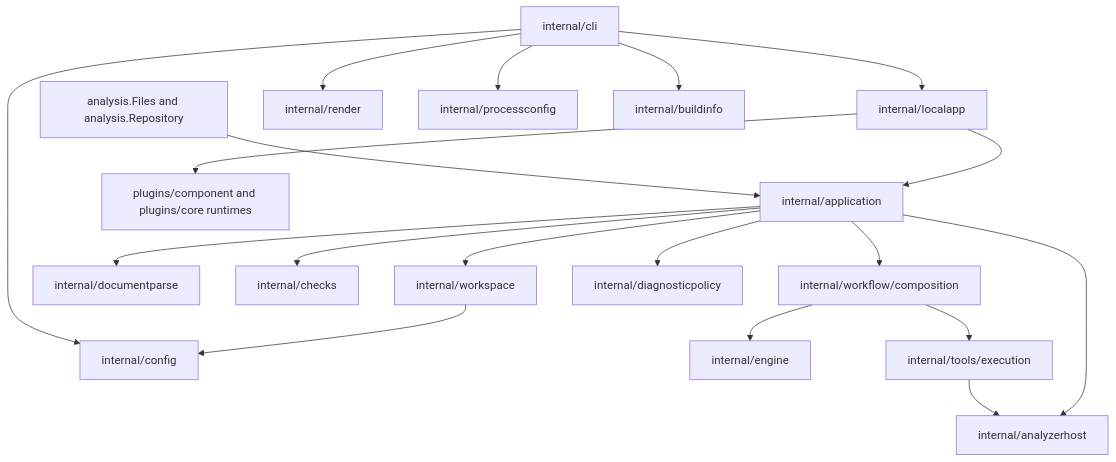
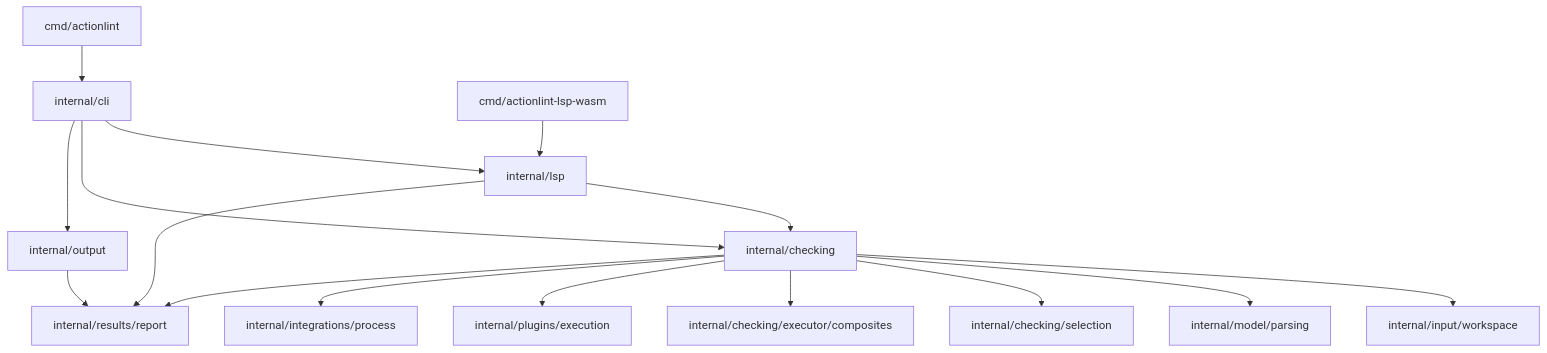
One commit to kjanat/actionlint changed the diagram in docs/design/application-boundary.md. Above: the diagram before and after it, drawn with Mermaid. The commit also changed other lines of this file and 37 other files, not shown here.

````diff
--- a/docs/design/application-boundary.md
+++ b/docs/design/application-boundary.md
@@ -9,21 +7,18 @@
 ```mermaid
 flowchart TD
-    CLI[internal/cli] --> Local[internal/localapp]
-    Local --> App[internal/application]
-    Local --> Runtime[plugins/component and plugins/core runtimes]
-    Library[analysis.Files and analysis.Repository] --> App
-    App --> Workspace[internal/workspace]
-    Workspace --> Config[internal/config]
-    App --> Decode[internal/documentparse]
-    App --> Registry[internal/checks]
-    App --> Composition[internal/workflow/composition]
-    App --> Policy[internal/diagnosticpolicy]
-    Composition --> Engine[internal/engine]
-    Composition --> Scripts[internal/tools/execution]
-    App --> Host[internal/analyzerhost]
-    Scripts --> Host
-    CLI --> Render[internal/render]
-    CLI --> Config[internal/config]
-    CLI --> Process[internal/processconfig]
-    CLI --> Build[internal/buildinfo]
+    Native[cmd/actionlint] --> CLI[internal/cli]
+    Browser[cmd/actionlint-lsp-wasm] --> LSP[internal/lsp]
+    CLI --> LSP
+    CLI --> Checking[internal/checking]
+    LSP --> Checking
+    Checking --> Workspace[internal/input/workspace]
+    Checking --> Decode[internal/model/parsing]
+    Checking --> Rules[internal/checking/selection]
+    Checking --> Calls[internal/checking/executor/composites]
+    Checking --> Plugins[internal/plugins/execution]
+    Checking --> Processes[internal/integrations/process]
+    Checking --> Results[internal/results/report]
+    CLI --> Output[internal/output]
+    Output --> Results
+    LSP --> Results
 ```
````
